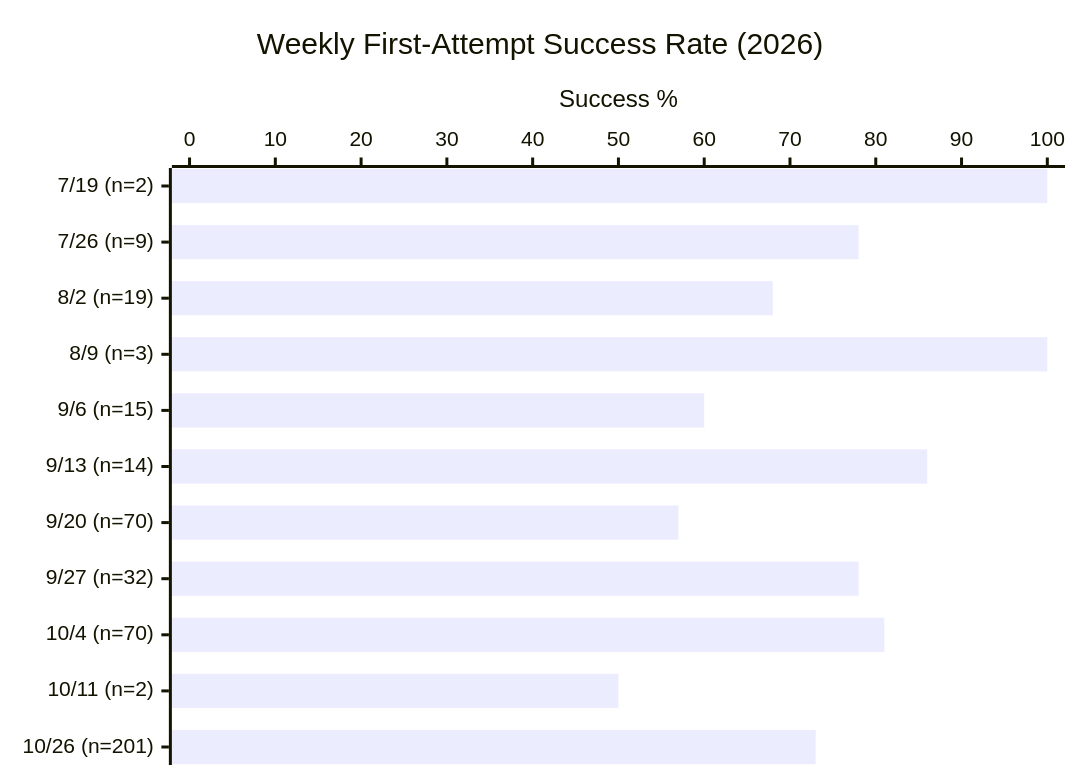
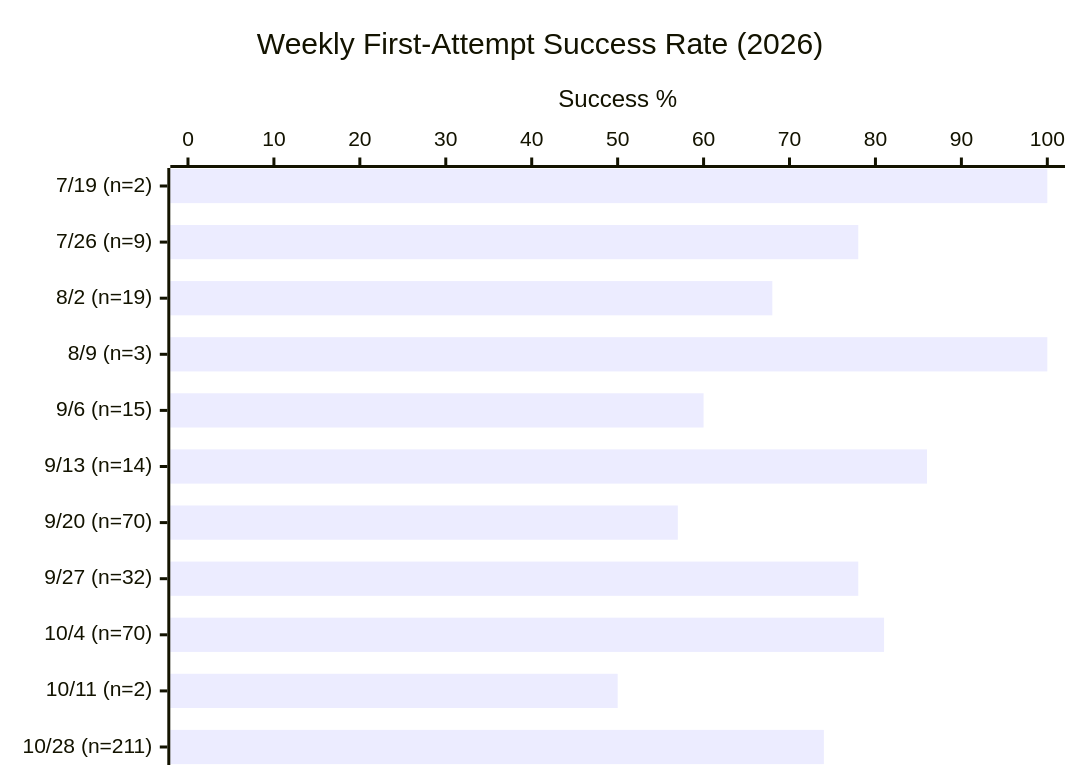
One commit to Sanctum-Origo-Systems/autoloop changed the first of 3 diagrams in EVAL.md. Above: the diagram before and after it, drawn with Mermaid. The commit also changed other lines of this file and 1 other file, not shown here.

````diff
--- a/EVAL.md
+++ b/EVAL.md
@@ -68,7 +86,7 @@
 ```mermaid
 xychart-beta horizontal
     title "Weekly First-Attempt Success Rate (2026)"
-    x-axis ["7/19 (n=2)", "7/26 (n=9)", "8/2 (n=19)", "8/9 (n=3)", "9/6 (n=15)", "9/13 (n=14)", "9/20 (n=70)", "9/27 (n=32)", "10/4 (n=70)", "10/11 (n=2)", "10/26 (n=201)"]
+    x-axis ["7/19 (n=2)", "7/26 (n=9)", "8/2 (n=19)", "8/9 (n=3)", "9/6 (n=15)", "9/13 (n=14)", "9/20 (n=70)", "9/27 (n=32)", "10/4 (n=70)", "10/11 (n=2)", "10/28 (n=211)"]
     y-axis "Success %" 0 --> 100
-    bar [100, 78, 68, 100, 60, 86, 57, 78, 81, 50, 73]
+    bar [100, 78, 68, 100, 60, 86, 57, 78, 81, 50, 74]
 ```
````
